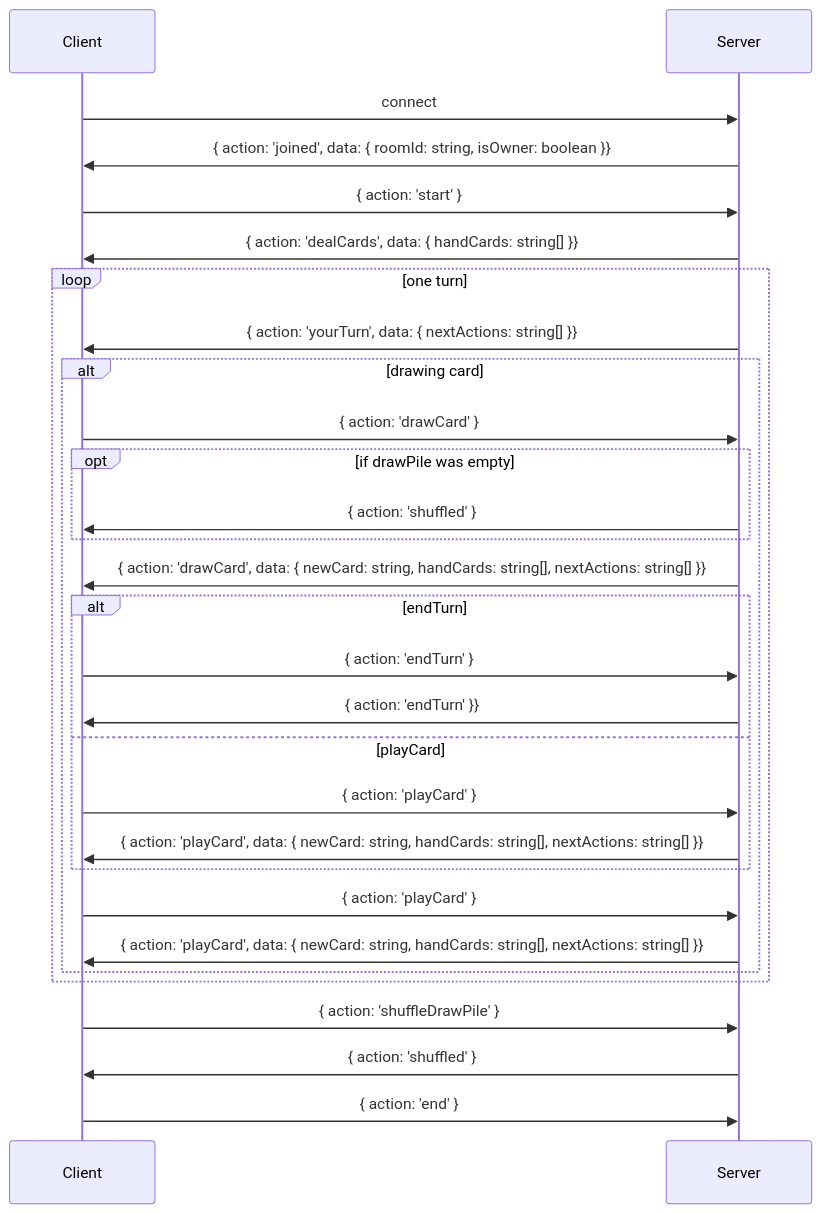
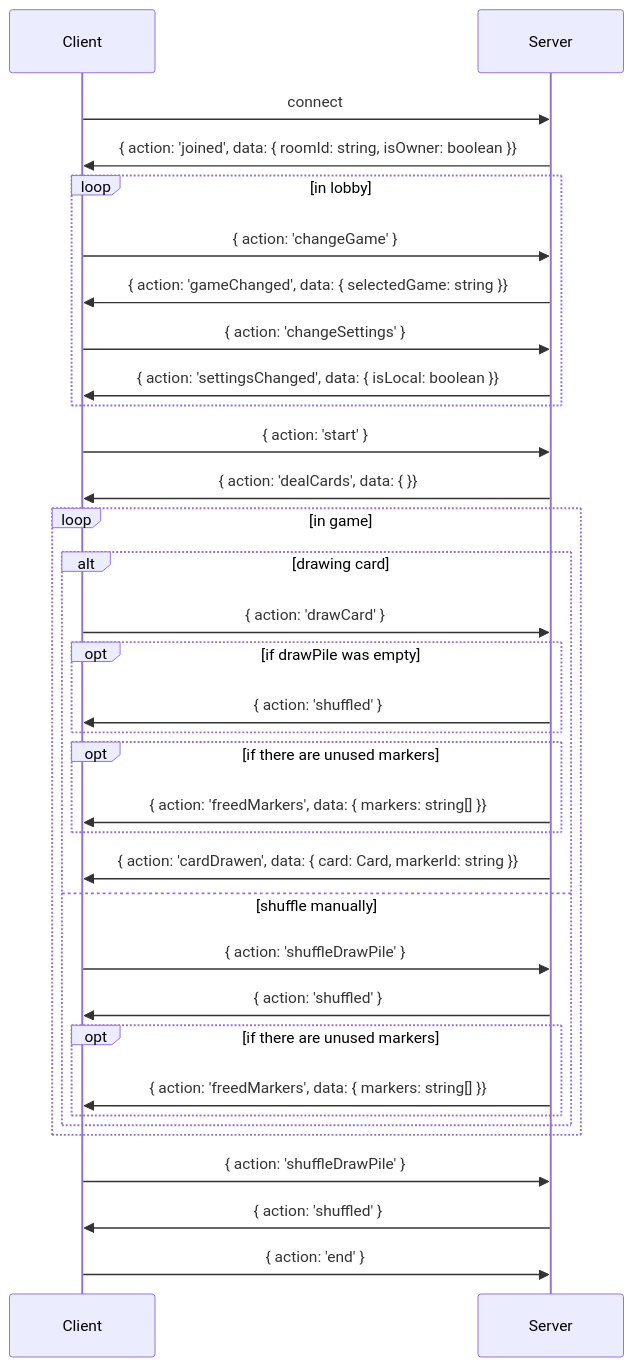
Before and after one commit to yuru-baku/InfinityDeck: the diagram in backend/README.md, drawn with Mermaid. The commit also changed other lines of this file, not shown here.

````diff
--- a/backend/README.md
+++ b/backend/README.md
@@ -13,35 +20,42 @@
 ```mermaid
 sequenceDiagram
 participant C as Client
 participant S as Server
 
 C->>S: connect
 S->>C: { action: 'joined', data: { roomId: string, isOwner: boolean }}
 
+loop in lobby
+  C->>S: { action: 'changeGame' }
+  S->>C: { action: 'gameChanged', data: { selectedGame: string }}
+  
+  C->>S: { action: 'changeSettings' }
+  S->>C: { action: 'settingsChanged', data: { isLocal: boolean }}
+end
+
 C->>S: { action: 'start' }
-S->>C: { action: 'dealCards', data: { handCards: string[] }}
+S->>C: { action: 'dealCards', data: { }}
 
-loop one turn
-  S->>C: { action: 'yourTurn', data: { nextActions: string[] }}
+loop in game
   alt drawing card
     C->>S: { action: 'drawCard' }
     opt if drawPile was empty
       S->>C: { action: 'shuffled' }
     end
-    S->>C: { action: 'drawCard', data: { newCard: string, handCards: string[], nextActions: string[] }}
-    alt endTurn
-      C->>S: { action: 'endTurn' }
-      S->>C: { action: 'endTurn' }}
-    else playCard
-      C->>S: { action: 'playCard' }
-      S->>C: { action: 'playCard', data: { newCard: string, handCards: string[], nextActions: string[] }}
+    opt if there are unused markers
+      S->>C: { action: 'freedMarkers', data: { markers: string[] }}
     end
-    C->>S: { action: 'playCard' }
-    S->>C: { action: 'playCard', data: { newCard: string, handCards: string[], nextActions: string[] }}
+    S->>C: { action: 'cardDrawen', data: { card: Card, markerId: string }}
+  else shuffle manually
+    C->>S: { action: 'shuffleDrawPile' }
+    S->>C: { action: 'shuffled' }
+    opt if there are unused markers
+      S->>C: { action: 'freedMarkers', data: { markers: string[] }}
+    end
   end
 end
 
 C->>S: { action: 'shuffleDrawPile' }
 S->>C: { action: 'shuffled' }
 C->>S: { action: 'end' }
 ```
````
